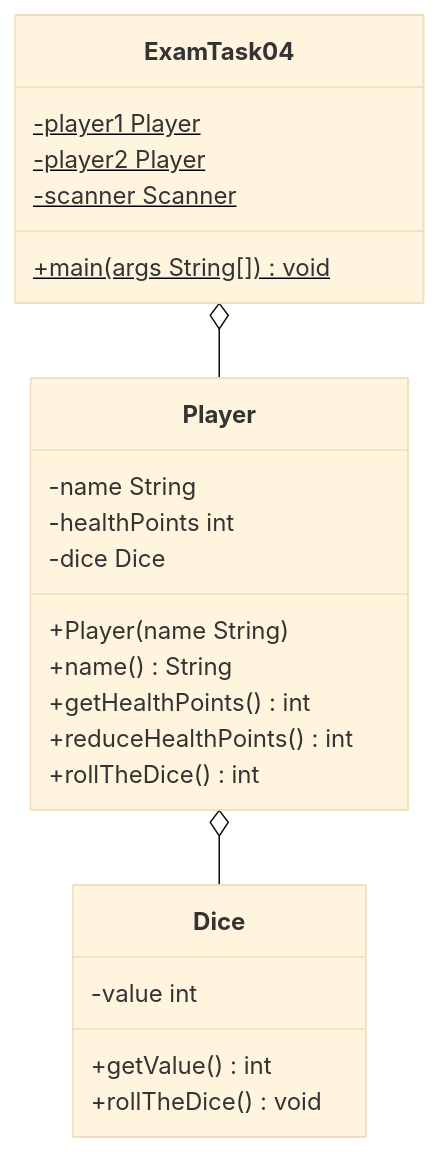
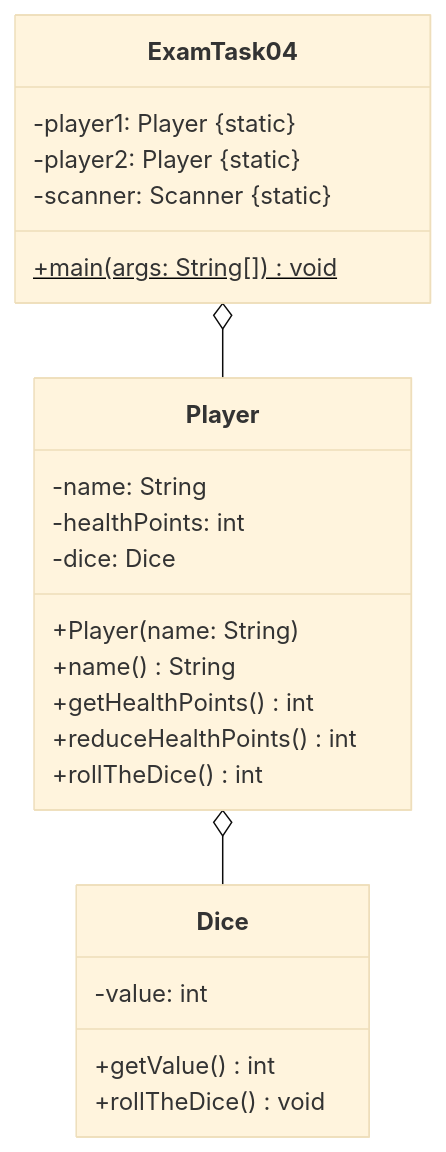
One commit to jappuccini/java-docs changed the second of 3 diagrams in docs/additional-material/daniel-java1/sample-exam.md. Above: the diagram before and after it, drawn with Mermaid (base theme). The commit also changed other lines of this file and 76 other files, not shown here.

Commit message:
uml fixes (colons, properties), headline fixes (italic) and exam result updates

````diff
--- a/docs/additional-material/daniel-java1/sample-exam.md
+++ b/docs/additional-material/daniel-java1/sample-exam.md
@@ -371,29 +371,29 @@
 ```mermaid
 classDiagram
     ExamTask04 o-- Player
     Player o-- Dice
 
     class ExamTask04 {
-        -player1 Player$
-        -player2 Player$
-        -scanner Scanner$
-        +main(args String[])$ void
+        -player1: Player &#123static&#125
+        -player2: Player &#123static&#125
+        -scanner: Scanner &#123static&#125
+        +main(args: String[])$ void
     }
 
     class Player {
-        -name String
-        -healthPoints int
-        -dice Dice
-        +Player(name String)
+        -name: String
+        -healthPoints: int
+        -dice: Dice
+        +Player(name: String)
         +name() String
         +getHealthPoints() int
         +reduceHealthPoints() int
         +rollTheDice() int
     }
 
     class Dice {
-        -value int
+        -value: int
         +getValue() int
         +rollTheDice() void
     }
 ```
````
